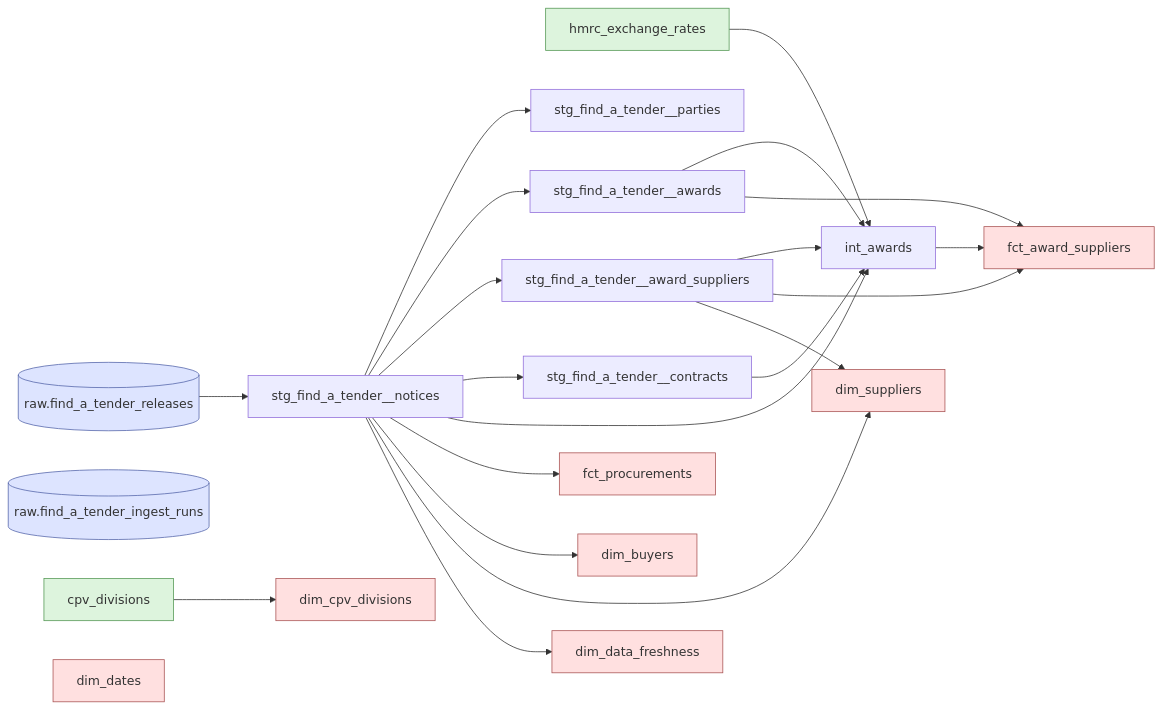
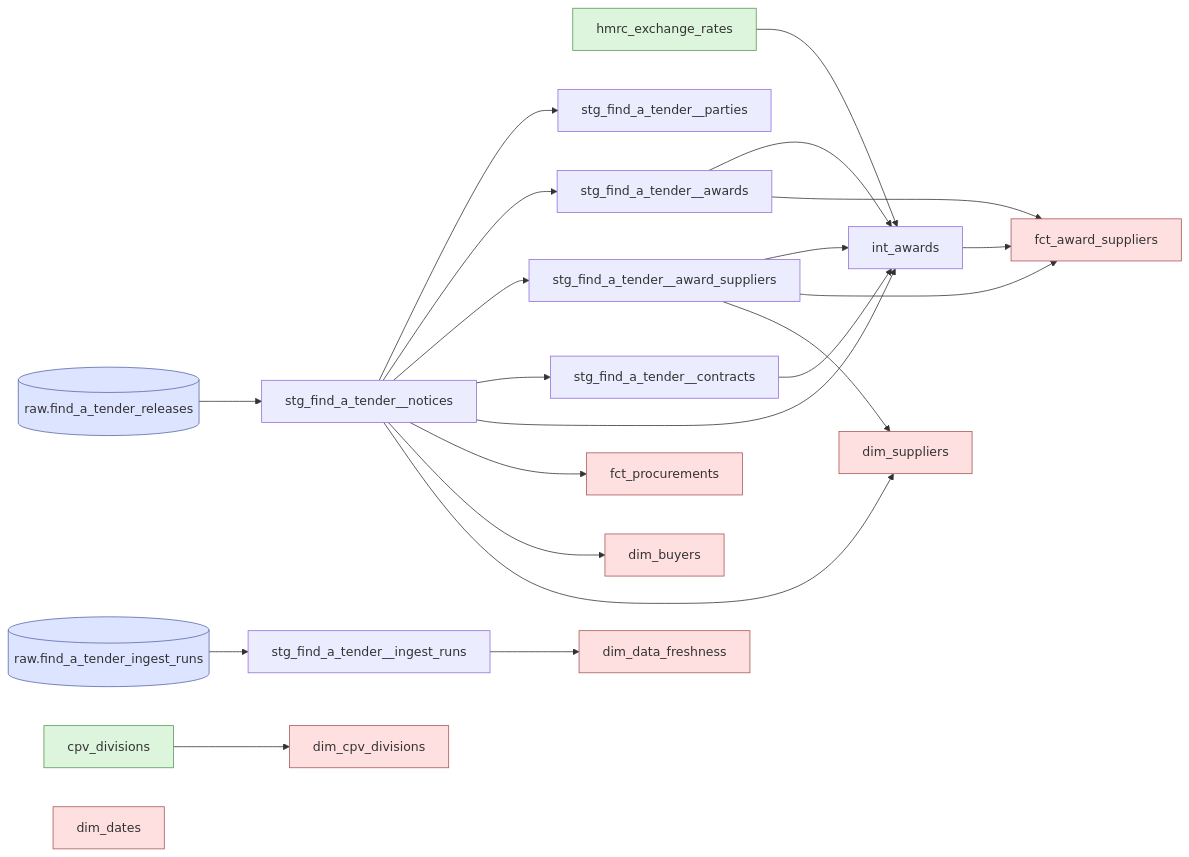
One commit to jacekjastrzebski/uk-tenders-dbt-snowflake changed the second of 2 diagrams in docs/diagrams/data.md. Above: the diagram before and after it, drawn with Mermaid. The commit also changed other lines of this file and 6 other files, not shown here.

````diff
--- a/docs/diagrams/data.md
+++ b/docs/diagrams/data.md
@@ -47,36 +50,37 @@
 ```mermaid
 flowchart LR
     classDef source fill:#dde4ff,stroke:#5566aa
     classDef seed fill:#ddf4dd,stroke:#559955
     classDef mart fill:#ffe0e0,stroke:#aa5555
 
     raw_rel[("raw.find_a_tender_releases")]:::source
     raw_runs[("raw.find_a_tender_ingest_runs")]:::source
     hmrc["hmrc_exchange_rates"]:::seed
     cpv["cpv_divisions"]:::seed
 
     notices["stg_find_a_tender__notices"]
     parties["stg_find_a_tender__parties"]
     awards["stg_find_a_tender__awards"]
     award_sup["stg_find_a_tender__award_suppliers"]
     contracts["stg_find_a_tender__contracts"]
+    runs["stg_find_a_tender__ingest_runs"]
     int_awards["int_awards"]
 
     fct_proc["fct_procurements"]:::mart
     fct_aws["fct_award_suppliers"]:::mart
     dim_dates["dim_dates"]:::mart
     dim_buyers["dim_buyers"]:::mart
     dim_sup["dim_suppliers"]:::mart
     dim_cpv["dim_cpv_divisions"]:::mart
     dim_fresh["dim_data_freshness"]:::mart
 
     raw_rel --> notices
     notices --> parties & awards & award_sup & contracts
     notices & awards & award_sup & contracts & hmrc --> int_awards
     notices --> fct_proc
     int_awards & awards & award_sup --> fct_aws
     notices --> dim_buyers
     notices & award_sup --> dim_sup
     cpv --> dim_cpv
-    notices --> dim_fresh
+    raw_runs --> runs --> dim_fresh
 ```
````
